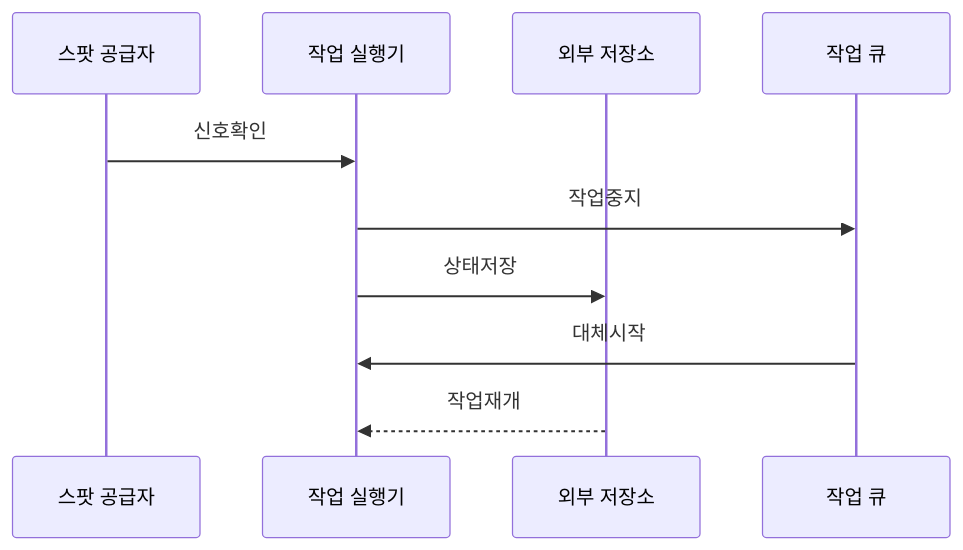
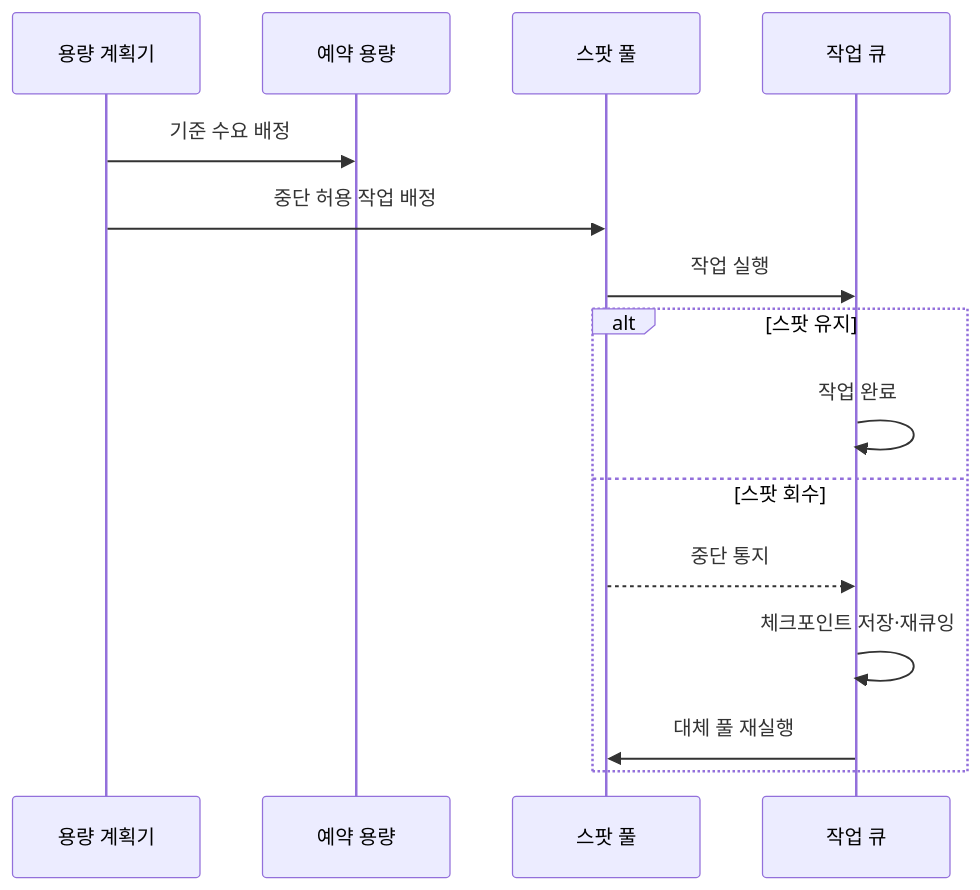
One commit to agnusdei1207/knowledge-base changed the second of 2 diagrams in src/content/docs/notes/03-software/148_reserved_spot_instance.md. Above: the diagram before and after it, drawn with Mermaid. The commit also changed other lines of this file and 7 other files, not shown here.

````diff
--- a/src/content/docs/notes/03-software/148_reserved_spot_instance.md
+++ b/src/content/docs/notes/03-software/148_reserved_spot_instance.md
@@ -79,12 +83,17 @@
 ```mermaid
 sequenceDiagram
-    participant P as 스팟 공급자
-    participant W as 작업 실행기
-    participant S as 외부 저장소
+    participant P as 용량 계획기
+    participant R as 예약 용량
+    participant S as 스팟 풀
     participant Q as 작업 큐
-    P->>W: 신호확인
-    W->>Q: 작업중지
-    W->>S: 상태저장
-    Q->>W: 대체시작
-    S-->>W: 작업재개
+    P->>R: 기준 수요 배정
+    P->>S: 중단 허용 작업 배정
+    S->>Q: 작업 실행
+    alt 스팟 유지
+        Q->>Q: 작업 완료
+    else 스팟 회수
+        S-->>Q: 중단 통지
+        Q->>Q: 체크포인트 저장·재큐잉
+        Q->>S: 대체 풀 재실행
+    end
 ```
````
